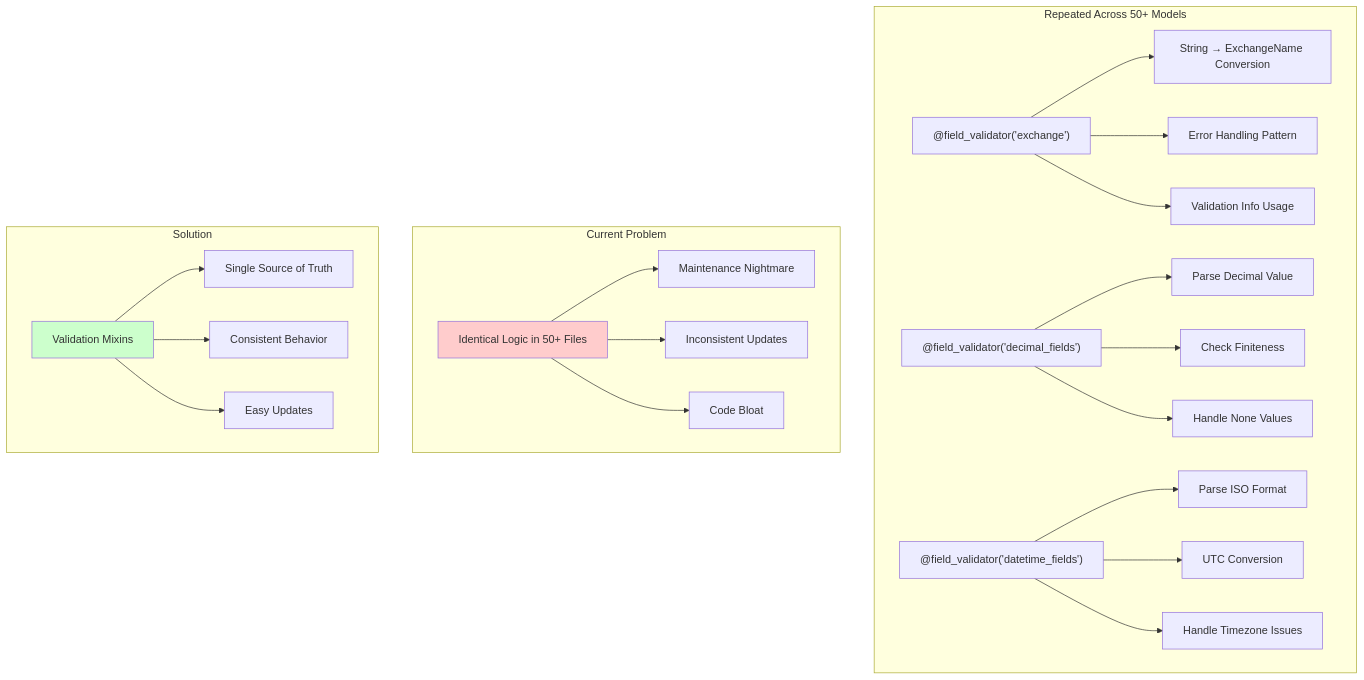
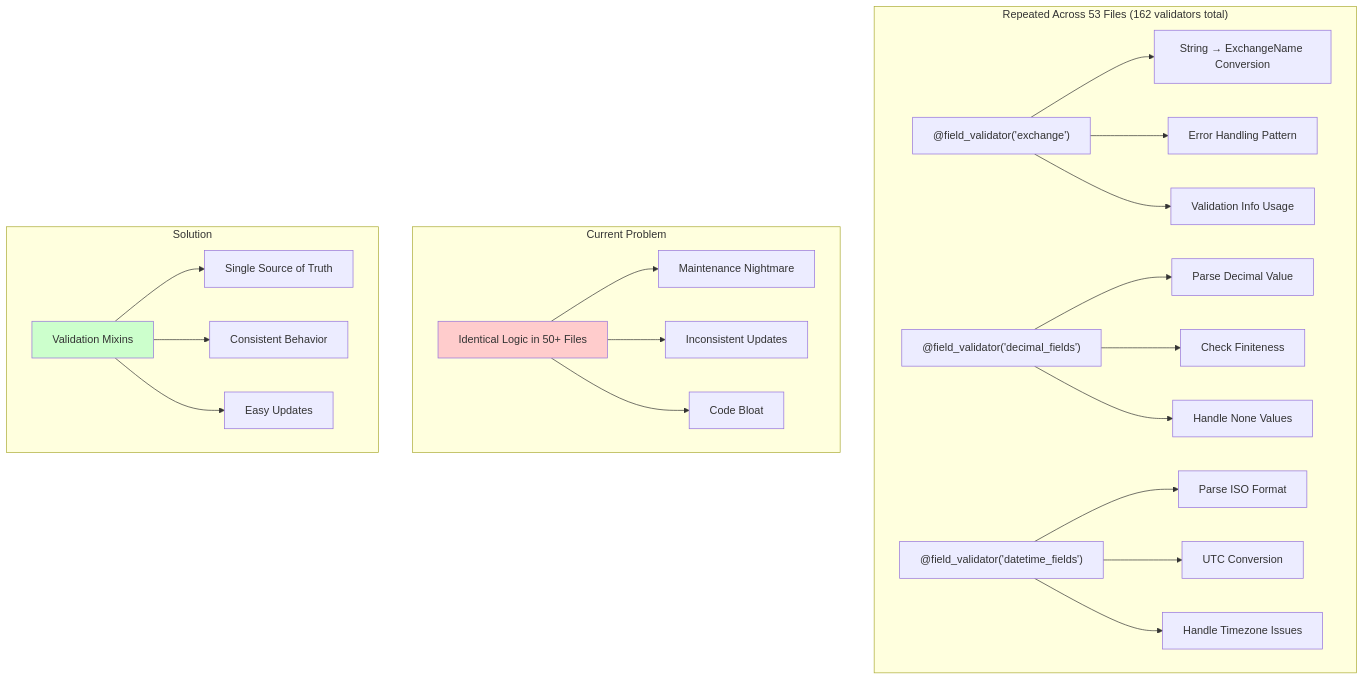
Before and after one commit to plataplomo/hummingbot: the third of 16 diagrams in workflow/models_duplications/models.md, drawn with Mermaid. The commit also changed other lines of this file and 2 other files, not shown here.

Commit message:
Enhance models and domain analysis reports with verified findings and updated metrics

````diff
--- a/workflow/models_duplications/models.md
+++ b/workflow/models_duplications/models.md
@@ -99,31 +118,31 @@
 ```mermaid
 flowchart TD
-    subgraph "Repeated Across 50+ Models"
+    subgraph "Repeated Across 53 Files (162 validators total)"
         A["@field_validator('exchange')"] --> A1[String → ExchangeName Conversion]
         A --> A2[Error Handling Pattern]
         A --> A3[Validation Info Usage]
 
         B["@field_validator('decimal_fields')"] --> B1[Parse Decimal Value]
         B --> B2[Check Finiteness]
         B --> B3[Handle None Values]
 
         C["@field_validator('datetime_fields')"] --> C1[Parse ISO Format]
         C --> C2[UTC Conversion]
         C --> C3[Handle Timezone Issues]
     end
 
     subgraph "Current Problem"
         D[Identical Logic in 50+ Files] --> D1[Maintenance Nightmare]
         D --> D2[Inconsistent Updates]
         D --> D3[Code Bloat]
     end
 
     subgraph "Solution"
         E[Validation Mixins] --> E1[Single Source of Truth]
         E --> E2[Consistent Behavior]
         E --> E3[Easy Updates]
     end
 
     style D fill:#ffcccc
     style E fill:#ccffcc
 ```
````
